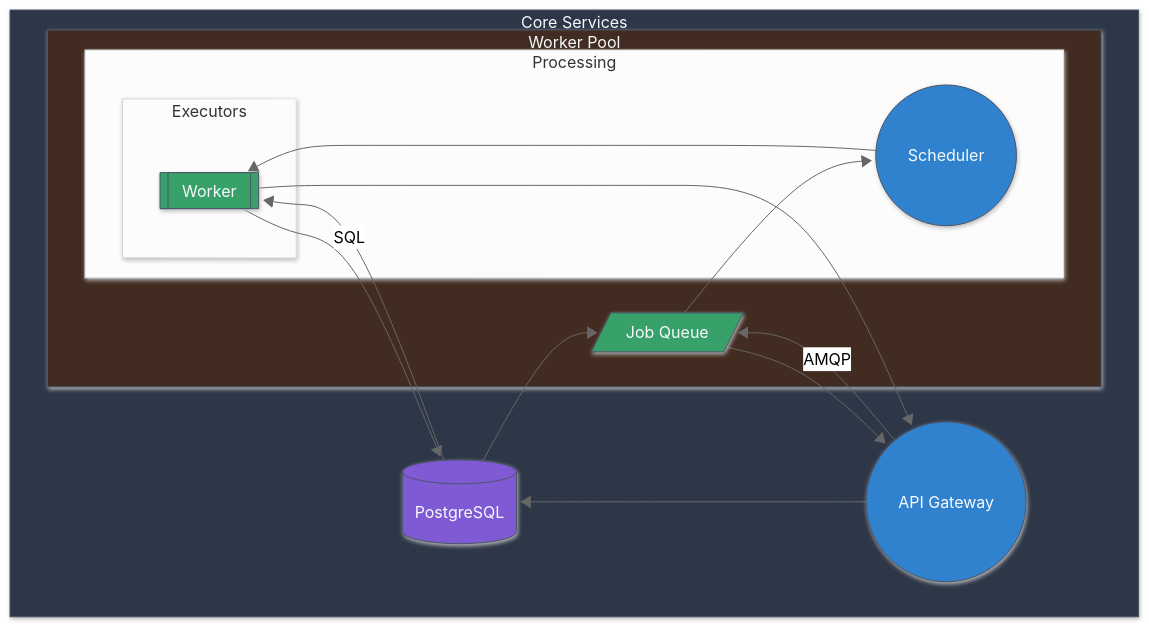
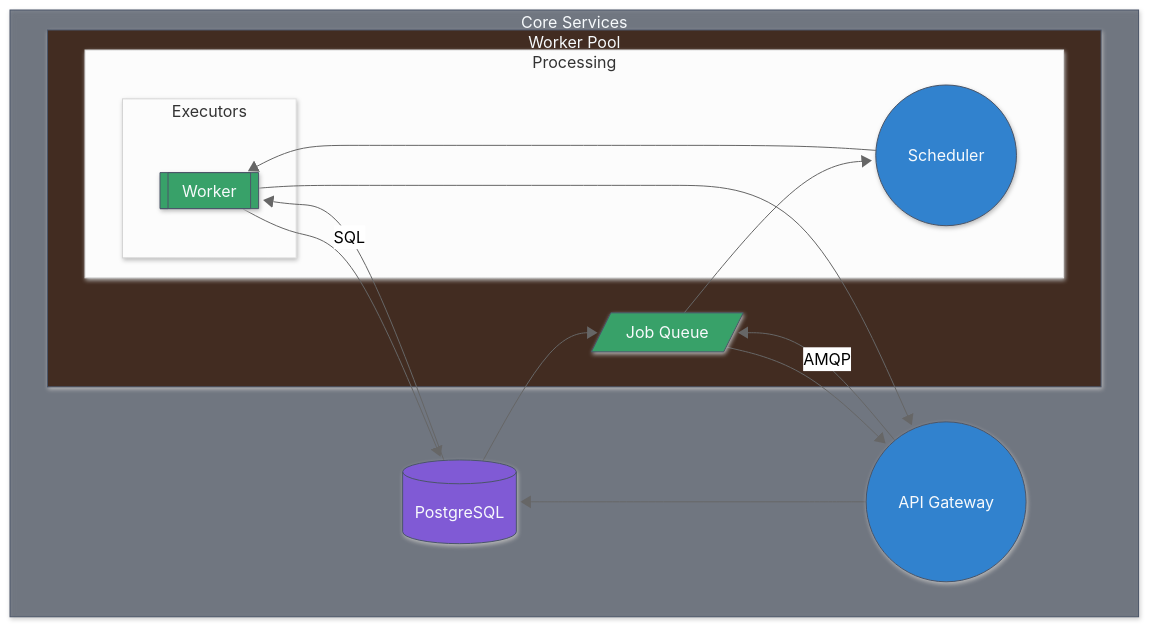
Before and after one commit to hallundbaek/archinix: the diagram in docs/job-processing-architecture.md, drawn with Mermaid (neutral theme). The commit also changed 11 other files, not shown here.

First line of the commit message:
fix: preserve boundary colour transparency in architecture diagrams

````diff
--- a/docs/job-processing-architecture.md
+++ b/docs/job-processing-architecture.md
@@ -3,48 +3,48 @@
 ```mermaid
 %%{init: {"look":"neo"} }%%
 flowchart TD
 subgraph b_core["Core Services"]
 db[("PostgreSQL")]
 gateway(("API Gateway"))
 subgraph b_core_workers["Worker Pool"]
 subgraph b_core_workers_processing["Processing"]
 subgraph b_core_workers_processing_executors["Executors"]
 worker[["Worker"]]
 end
 scheduler(("Scheduler"))
 end
 queue[/"Job Queue"/]
 end
 end
 db --> queue
 db --> worker
 gateway --> db
 gateway -->|"AMQP"| queue
 queue --> gateway
 queue --> scheduler
 scheduler --> worker
 worker -->|"SQL"| db
 worker --> gateway
 classDef actor fill:#eef0ff,stroke:#5a67d8,color:#1a202c
 classDef participant fill:#eaf5ff,stroke:#3182ce,color:#1a202c
 classDef boundary fill:#edf2f7,stroke:#4a5568,color:#1a202c
 classDef control fill:#e6fffa,stroke:#319795,color:#1a202c
 classDef entity fill:#fffaf0,stroke:#dd6b20,color:#1a202c
 classDef database fill:#faf5ff,stroke:#805ad5,color:#1a202c
 classDef collections fill:#f0fff4,stroke:#38a169,color:#1a202c
 classDef queue fill:#fff5f5,stroke:#e53e3e,color:#1a202c
 classDef composite fill:#edf2f7,stroke:#4a5568,stroke-width:3px,color:#1a202c
 classDef ancestor fill:#f7fafc,stroke:#718096,stroke-dasharray:5,5,color:#1a202c
 class gateway control
 class queue queue
 class scheduler control
 class worker collections
 class db database
 style db fill:#805ad5,stroke:#4a5568,color:#f7fafc
 style gateway fill:#3182ce,stroke:#4a5568,color:#f7fafc
 style queue fill:#38a169,stroke:#4a5568,color:#f7fafc
 style scheduler fill:#3182ce,stroke:#4a5568,color:#f7fafc
 style worker fill:#38a169,stroke:#4a5568,color:#f7fafc
-style b_core fill:#2D3748,stroke:#4a5568,color:#f7fafc
+style b_core fill:#2D3748,fill-opacity:0.6,stroke:#4a5568,color:#f7fafc
 style b_core_workers fill:#422C21,stroke:#4a5568,color:#f7fafc
 ```
````
